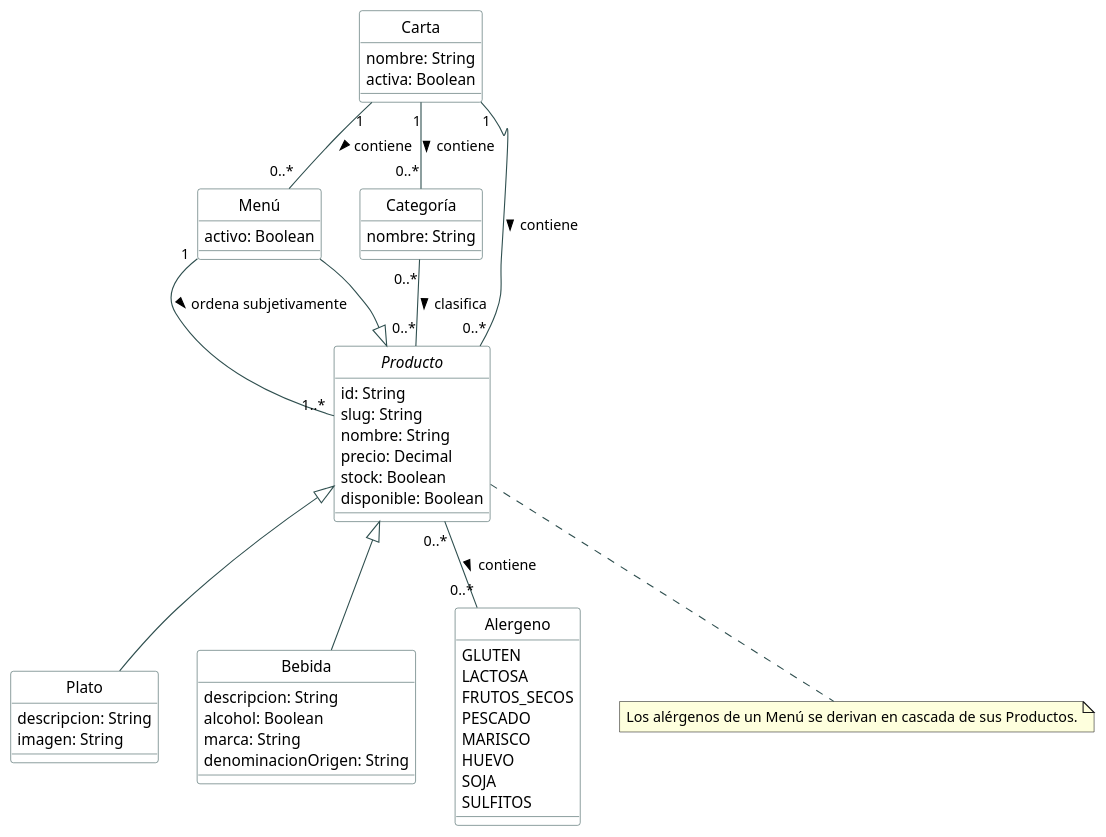
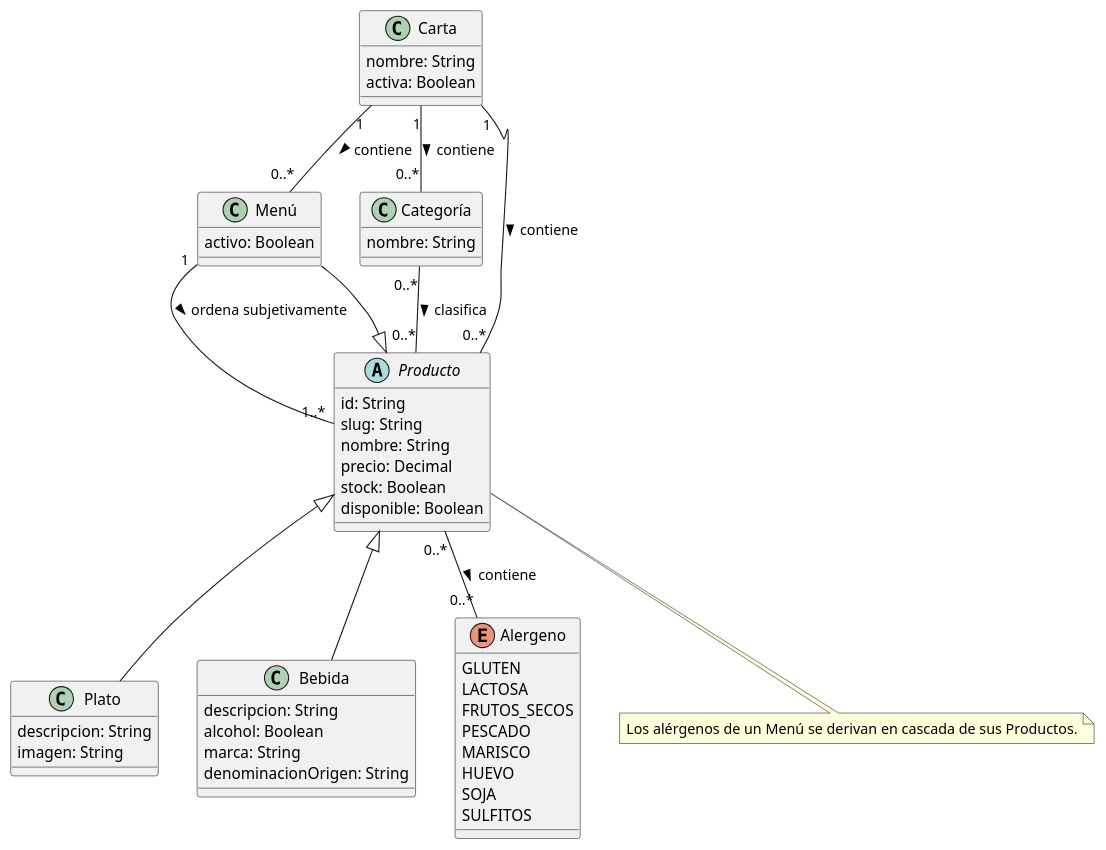
Before and after one commit to RexeatSU/rexeat: the diagram in documentation/modelo_de_dominio.puml, drawn with PlantUML. The commit also changed 6 other files, not shown here.

```diff
--- a/documentation/modelo_de_dominio.puml
+++ b/documentation/modelo_de_dominio.puml
@@ -1,78 +1,71 @@
 @startuml ModeloDominioRexeat
-skinparam style strictuml
-skinparam DefaultFontName "Helvetica"
-skinparam class {
-    BackgroundColor White
-    BorderColor DarkSlateGray
-    ArrowColor DarkSlateGray
-}
 
 class Carta {
     nombre: String
     activa: Boolean
 }
 
 class Menú {
     activo: Boolean
 }
 
 class Categoría {
     nombre: String
 }
 
 abstract class Producto {
     id: String
     slug: String
     nombre: String
     precio: Decimal
     stock: Boolean
     disponible: Boolean
 }
 
 class Plato {
     descripcion: String
     imagen: String
 }
 
 class Bebida {
     descripcion: String
     alcohol: Boolean
     marca: String
     denominacionOrigen: String
 }
 
 enum Alergeno {
     GLUTEN
     LACTOSA
     FRUTOS_SECOS
     PESCADO
     MARISCO
     HUEVO
     SOJA
     SULFITOS
 }
 
 ' Herencia de Productos (Patrón Composite)
 Producto <|-- Plato
 Producto <|-- Bebida
 Producto <|-- Menú
 
 ' Estructura de la Carta
 Carta "1" -- "0..*" Menú : contiene >
 Carta "1" -- "0..*" Categoría : contiene >
 Carta "1" -- "0..*" Producto : contiene >
 
 ' Relaciones de Categorías (Etiquetas)
 Categoría "0..*" -- "0..*" Producto : clasifica >
 
 ' Estructura interna del Menú
 Menú "1" -- "1..*" Producto : ordena subjetivamente >
 
 ' Relación de Alérgenos
 Producto "0..*" -- "0..*" Alergeno : contiene >
 
 note bottom of Producto
     Los alérgenos de un Menú se derivan en cascada de sus Productos.
 end note
 
 @endum
```
